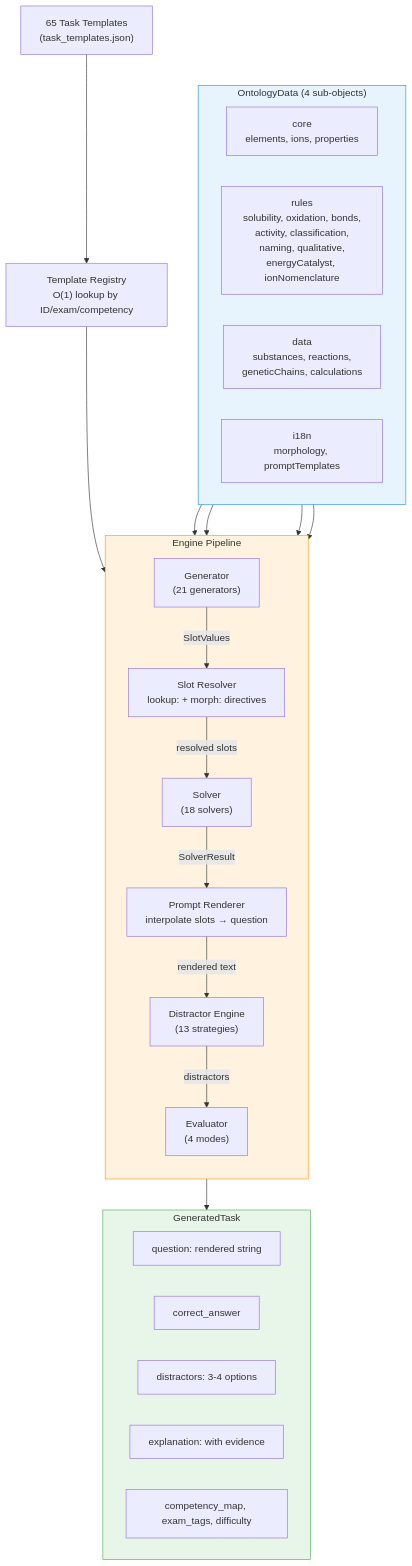
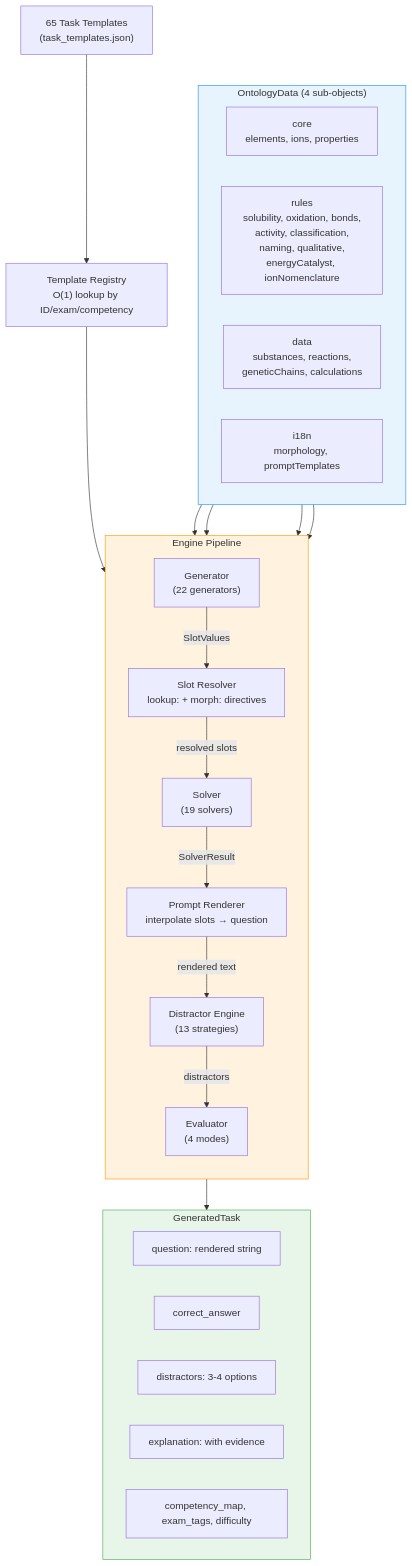
Before and after one commit to dronsv/chemistry-no-magic: the third of 10 diagrams in docs/ontology-map.md, drawn with Mermaid. The commit also changed other lines of this file and 1 other file, not shown here.

````diff
--- a/docs/ontology-map.md
+++ b/docs/ontology-map.md
@@ -214,50 +214,50 @@
 ```mermaid
 flowchart TB
     subgraph Input["OntologyData (4 sub-objects)"]
         direction LR
         CORE["core<br/>elements, ions, properties"]
         RULES["rules<br/>solubility, oxidation, bonds,<br/>activity, classification,<br/>naming, qualitative,<br/>energyCatalyst, ionNomenclature"]
         DATA["data<br/>substances, reactions,<br/>geneticChains, calculations"]
         I18N["i18n<br/>morphology, promptTemplates"]
     end
 
     TT["65 Task Templates<br/>(task_templates.json)"]
     REG["Template Registry<br/>O(1) lookup by ID/exam/competency"]
 
     subgraph Pipeline["Engine Pipeline"]
         direction TB
-        GEN["Generator<br/>(21 generators)"]
+        GEN["Generator<br/>(22 generators)"]
         SLOT["Slot Resolver<br/>lookup: + morph: directives"]
-        SOL["Solver<br/>(18 solvers)"]
+        SOL["Solver<br/>(19 solvers)"]
         REND["Prompt Renderer<br/>interpolate slots → question"]
         DIST["Distractor Engine<br/>(13 strategies)"]
         EVAL["Evaluator<br/>(4 modes)"]
     end
 
     subgraph Output["GeneratedTask"]
         Q["question: rendered string"]
         ANS["correct_answer"]
         DISTR["distractors: 3-4 options"]
         EXP["explanation: with evidence"]
         META["competency_map, exam_tags, difficulty"]
     end
 
     TT --> REG
     REG --> GEN
 
     CORE --> GEN
     RULES --> GEN
     DATA --> GEN
     I18N --> SLOT
 
     GEN -->|"SlotValues"| SLOT
     SLOT -->|"resolved slots"| SOL
     SOL -->|"SolverResult"| REND
     REND -->|"rendered text"| DIST
     DIST -->|"distractors"| EVAL
     EVAL --> Output
 
     style Input fill:#e8f4fd,stroke:#2196F3
     style Pipeline fill:#fff3e0,stroke:#FF9800
     style Output fill:#e8f5e9,stroke:#4CAF50
 ```
````
